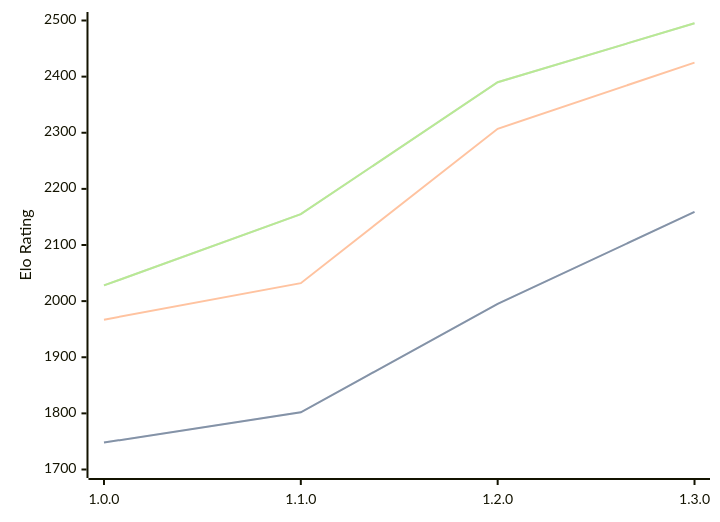
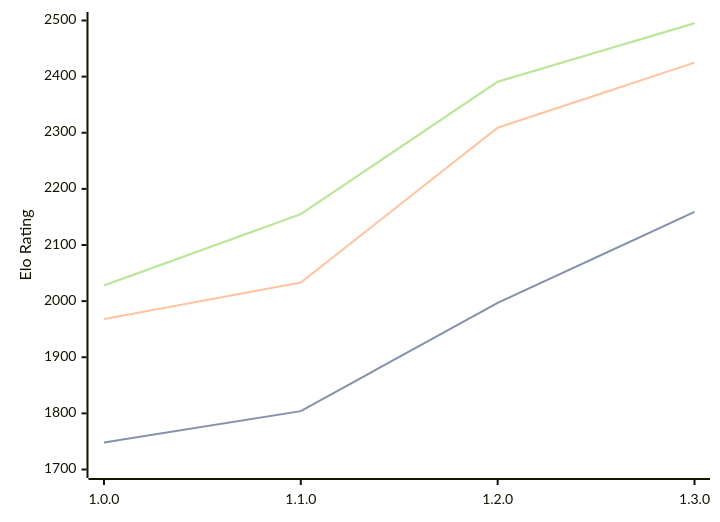
One commit to computer-chess-index/cci changed the diagram in engines/Anodos.md. Above: the diagram before and after it, drawn with Mermaid. The commit also changed other lines of this file, not shown here.

Commit message:
Update CCI Ratings (ELO VLTC) - 2026-09-14

````diff
--- a/engines/Anodos.md
+++ b/engines/Anodos.md
@@ -34,11 +34,11 @@
 ```mermaid
 %%{init: {"theme":"base","themeVariables":{"seriesColors:['#a3a3a3','#222221','#faa371']}}}%%
 xychart-beta
   x-axis ["1.0.0", "1.1.0", "1.2.0", "1.3.0"]
   y-axis "Elo Rating" 1700 --> 2500
-  line "" [1748, 1802, 1995, 2159]
-  line "STC (8.0+0.08s)" [1748, 1802, 1995, 2159]
-  line "LTC (60.0+0.60s)" [1967, 2032, 2307, 2425]
-  line "" [2028, 2155, 2390, 2495]
-  line "VLTC (2m24s+1.12s)" [2028, 2155, 2390, 2495]
+  line "" [1748, 1804, 1997, 2159]
+  line "STC (8.0+0.08s)" [1748, 1804, 1997, 2159]
+  line "LTC (60.0+0.60s)" [1968, 2033, 2309, 2425]
+  line "" [2028, 2155, 2391, 2495]
+  line "VLTC (2m24s+1.12s)" [2028, 2155, 2391, 2495]
 ```
````
